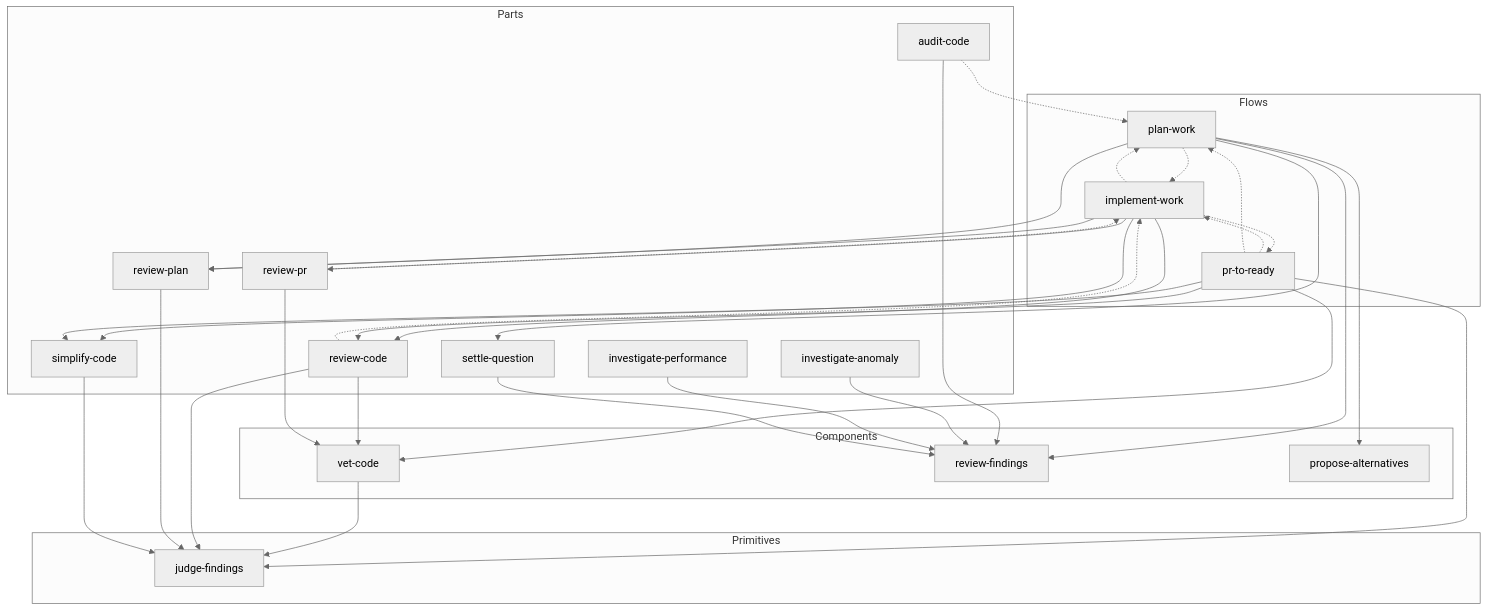
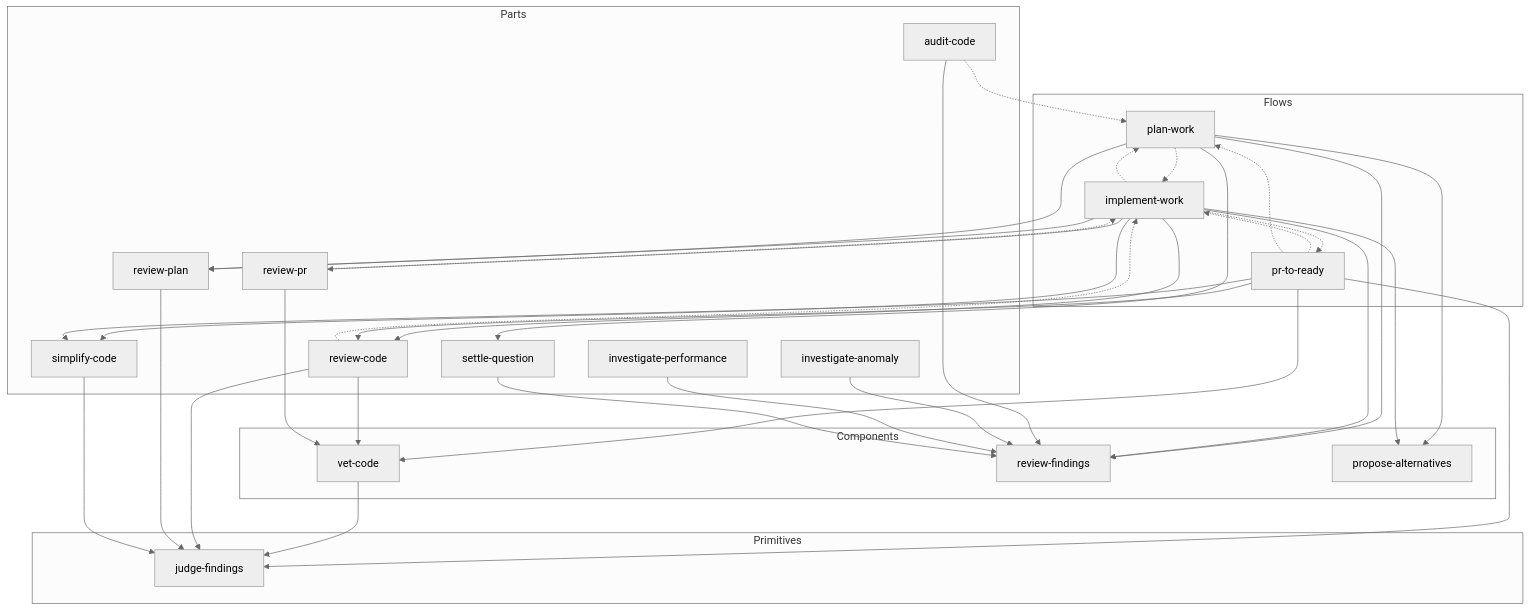
The first of 2 diagrams in README.md (yowcow/dude), drawn with Mermaid (neutral theme) before and after one commit. The commit also changed 1 other file, not shown here.

Commit message:
implement-work: 入口で propose-alternatives を呼ぶ
(c): 呼ぶ文が無いと、plan-work を通っていない PR サイズの作業が
目的軸の別案なしで詳細計画と実装に進む。

````diff
--- a/README.md
+++ b/README.md
@@ -38,58 +38,60 @@
 ```mermaid
 flowchart TB
   subgraph Flows
     plan-work
     implement-work
     pr-to-ready
   end
   subgraph Parts
     review-code
     review-plan
     simplify-code
     review-pr
     audit-code
     settle-question
     investigate-anomaly
     investigate-performance
   end
   subgraph Components
     vet-code
     review-findings
     propose-alternatives
   end
   subgraph Primitives
     judge-findings
   end
 
   plan-work -.-> implement-work
   implement-work -.-> plan-work
   implement-work -.-> pr-to-ready
   pr-to-ready -.-> implement-work
   pr-to-ready -.-> plan-work
   review-code -.-> implement-work
   review-pr -.-> implement-work
   audit-code -.-> plan-work
 
   plan-work --> review-plan
   plan-work --> settle-question
   plan-work --> propose-alternatives
   plan-work --> review-findings
   implement-work --> review-code
   implement-work --> review-plan
   implement-work --> review-pr
   implement-work --> simplify-code
+  implement-work --> propose-alternatives
+  implement-work --> review-findings
   pr-to-ready --> review-code
   pr-to-ready --> simplify-code
   pr-to-ready --> vet-code
   pr-to-ready --> judge-findings
   audit-code --> review-findings
   investigate-anomaly --> review-findings
   investigate-performance --> review-findings
   settle-question --> review-findings
   review-code --> vet-code
   review-pr --> vet-code
   vet-code --> judge-findings
   review-code --> judge-findings
   review-plan --> judge-findings
   simplify-code --> judge-findings
 ```
````
